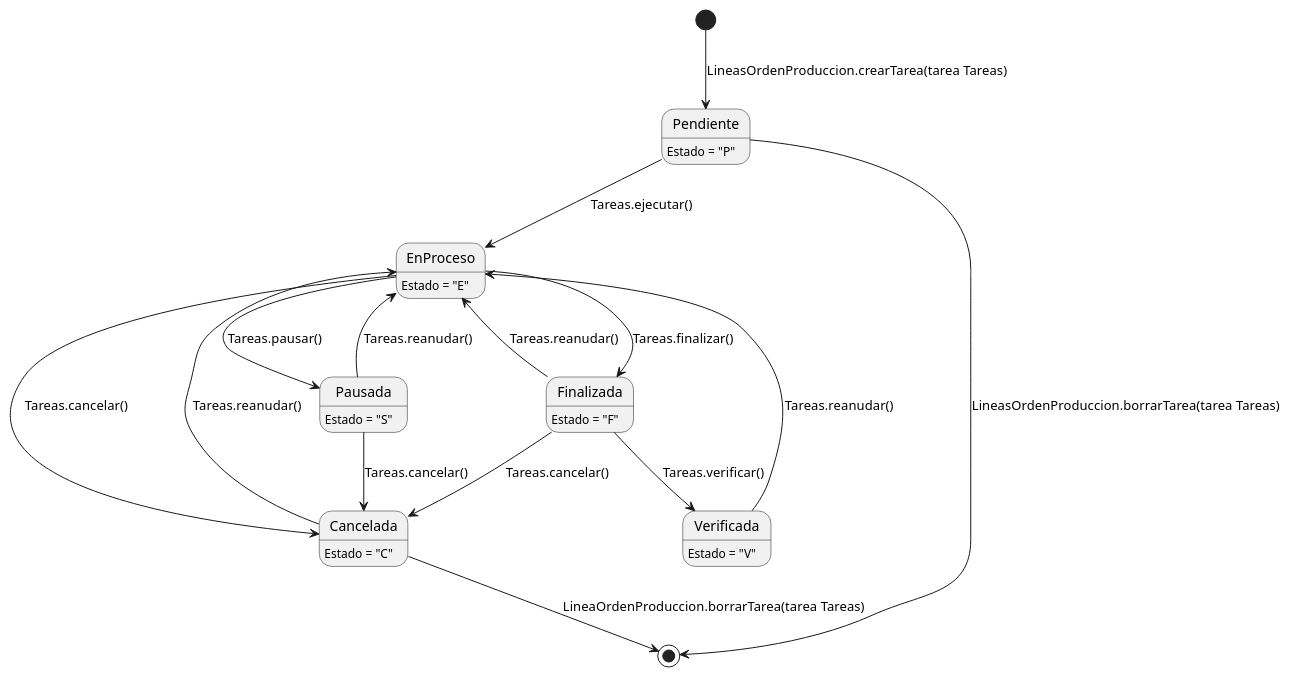
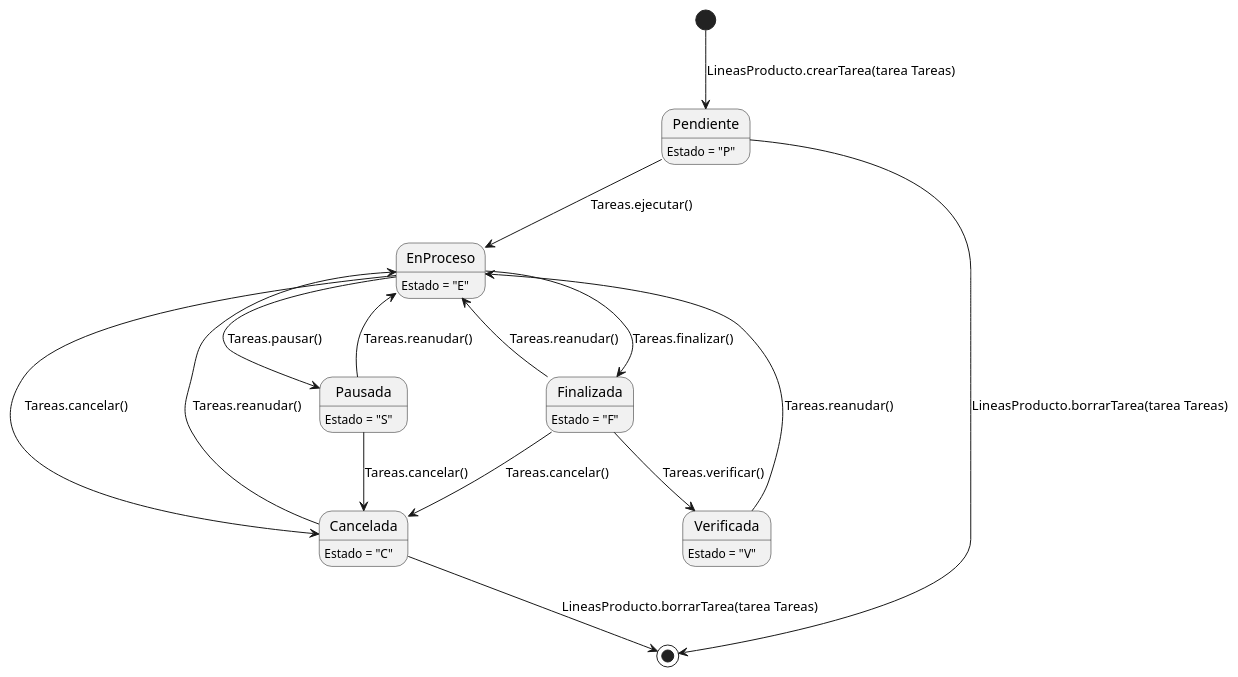
One commit to ZMGestion/DocumentacionZMGestion changed the second of 7 diagrams in DiagramasEstado/DiagramaDeEstado.puml. Above: the diagram before and after it, drawn with PlantUML. The commit also changed other lines of this file, not shown here.

Commit message:
Cambios en DiagramaDeEstado

```diff
--- a/DiagramasEstado/DiagramaDeEstado.puml
+++ b/DiagramasEstado/DiagramaDeEstado.puml
@@ -13,25 +14,25 @@
 @startuml tareas
 Pendiente: Estado = "P"
 EnProceso: Estado = "E"
 Finalizada: Estado = "F"
 Pausada: Estado = "S"
 Cancelada: Estado = "C"
 Verificada: Estado = "V"
 
 
-[*] --> Pendiente: LineasOrdenProduccion.crearTarea(tarea Tareas)
-Pendiente --> [*]: LineasOrdenProduccion.borrarTarea(tarea Tareas)
-Cancelada --> [*]: LineaOrdenProduccion.borrarTarea(tarea Tareas)
+[*] --> Pendiente: LineasProducto.crearTarea(tarea Tareas)
+Pendiente --> [*]: LineasProducto.borrarTarea(tarea Tareas)
+Cancelada --> [*]: LineasProducto.borrarTarea(tarea Tareas)
 Pendiente --> EnProceso: Tareas.ejecutar()
 EnProceso --> Cancelada: Tareas.cancelar()
 EnProceso --> Finalizada: Tareas.finalizar()
 EnProceso --> Pausada: Tareas.pausar()
 Finalizada --> EnProceso: Tareas.reanudar()
 Pausada --> EnProceso: Tareas.reanudar()
 Pausada --> Cancelada: Tareas.cancelar()
 Cancelada --> EnProceso: Tareas.reanudar()
 Finalizada --> Cancelada: Tareas.cancelar()
 Finalizada --> Verificada: Tareas.verificar()
 Verificada --> EnProceso: Tareas.reanudar()
 
 @enduml
```
